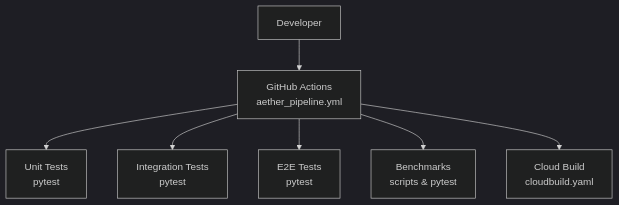
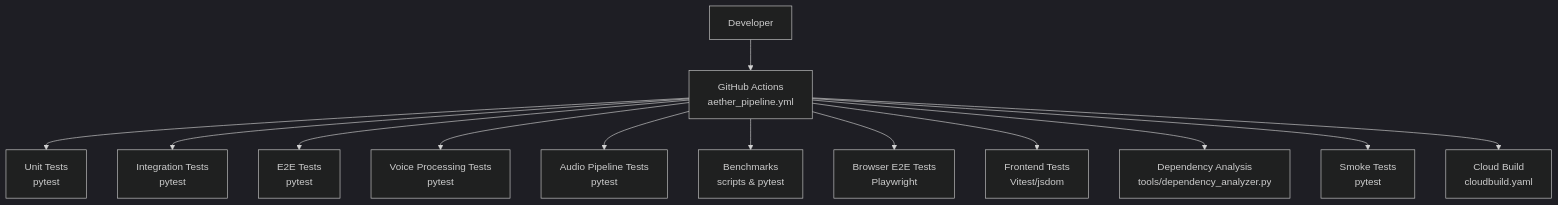
The second of 3 diagrams in .qoder/repowiki/en/content/Testing and Quality Assurance/Testing Strategy and Framework.md (Moeabdelaziz007/Aether-Voice-OS), drawn with Mermaid (dark theme) before and after one commit. The commit also changed other lines of this file and 29 other files, not shown here.

````diff
--- a/.qoder/repowiki/en/content/Testing and Quality Assurance/Testing Strategy and Framework.md
+++ b/.qoder/repowiki/en/content/Testing and Quality Assurance/Testing Strategy and Framework.md
@@ -110,16 +196,28 @@
 ```mermaid
 graph TB
 Dev["Developer"]
 GH["GitHub Actions<br/>aether_pipeline.yml"]
 CB["Cloud Build<br/>cloudbuild.yaml"]
 UT["Unit Tests<br/>pytest"]
 IT["Integration Tests<br/>pytest"]
 ET["E2E Tests<br/>pytest"]
-BM["Benchmarks<br/>scripts & pytest"]
+VPT["Voice Processing Tests<br/>pytest"]
+APT["Audio Pipeline Tests<br/>pytest"]
+BT["Benchmarks<br/>scripts & pytest"]
+BET["Browser E2E Tests<br/>Playwright"]
+FT["Frontend Tests<br/>Vitest/jsdom"]
+DAT["Dependency Analysis<br/>tools/dependency_analyzer.py"]
+ST["Smoke Tests<br/>pytest"]
 Dev --> GH
 GH --> UT
 GH --> IT
 GH --> ET
-GH --> BM
+GH --> VPT
+GH --> APT
+GH --> BT
+GH --> BET
+GH --> FT
+GH --> DAT
+GH --> ST
 GH --> CB
 ```
````
